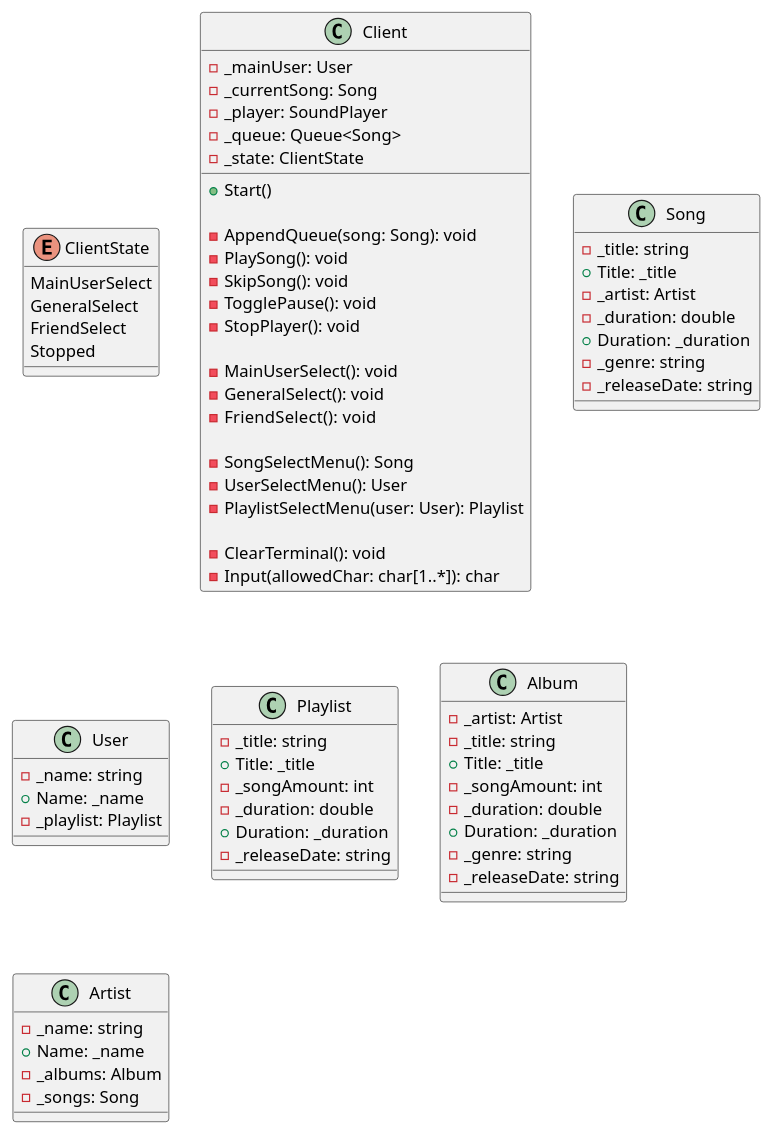
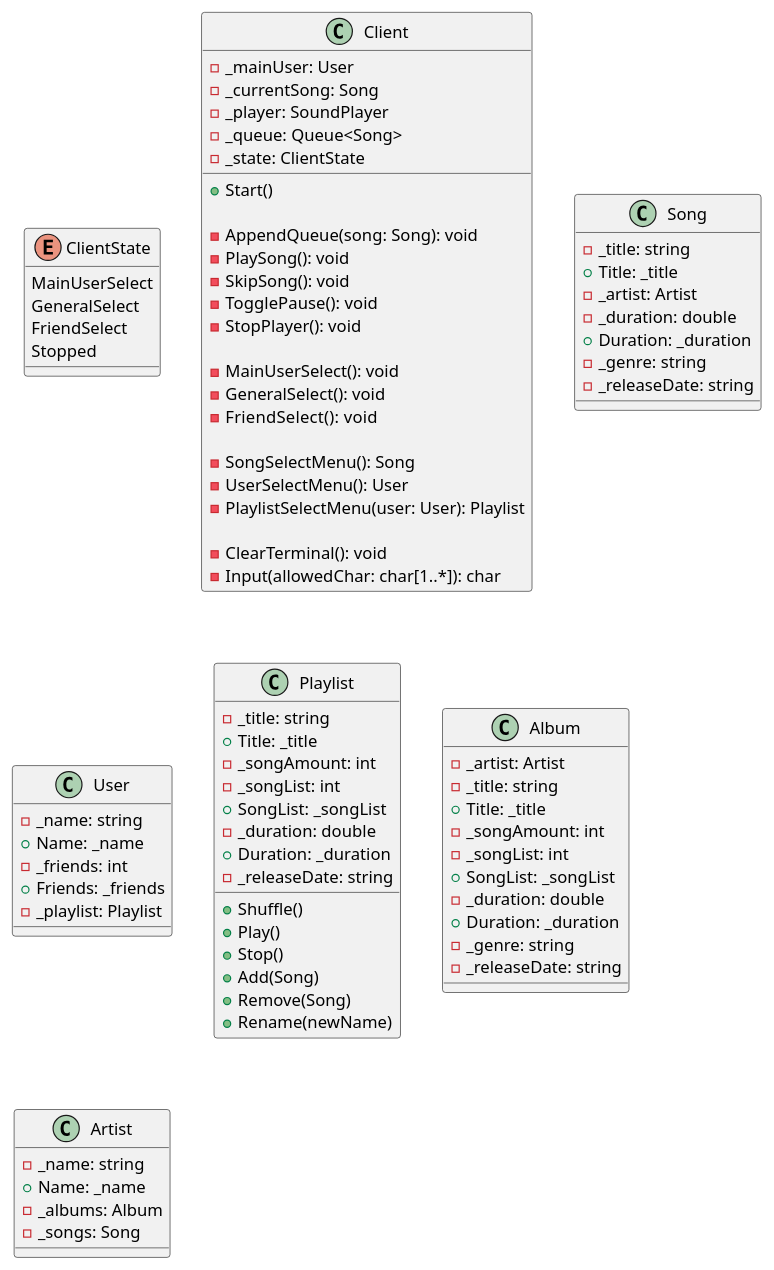
Before and after one commit to A-A-Tel/media-player: the diagram in class-diagram.puml, drawn with PlantUML.

Commit message:
friends made in user class

```diff
--- a/class-diagram.puml
+++ b/class-diagram.puml
@@ -1,84 +1,97 @@
 @startuml
 
 enum ClientState {
     MainUserSelect
     GeneralSelect
     FriendSelect
     Stopped
 }
 
 class Client {
     - _mainUser: User
     - _currentSong: Song
     - _player: SoundPlayer
     - _queue: Queue<Song>
     - _state: ClientState
     
     + Start()
     
     ' commands
     - AppendQueue(song: Song): void
     - PlaySong(): void
     - SkipSong(): void
     - TogglePause(): void
     - StopPlayer(): void
     
     ' state
     - MainUserSelect(): void
     - GeneralSelect(): void
     - FriendSelect():  void
     
     ' menus
     - SongSelectMenu(): Song
     - UserSelectMenu(): User
     - PlaylistSelectMenu(user: User): Playlist
     
     ' helpers
     - ClearTerminal(): void
     - Input(allowedChar: char[1..*]): char
 }
 
 class Song {
     - _title: string
     + Title: _title
     - _artist: Artist
     - _duration: double
     + Duration: _duration
     - _genre: string
     - _releaseDate: string
 }
 
 class User {
     - _name: string
     + Name: _name
+    - _friends: int
+    + Friends: _friends
     - _playlist: Playlist
 }
 
 class Playlist {
     - _title: string
     + Title: _title
     - _songAmount: int
+    - _songList: int
+    + SongList: _songList
     - _duration: double
     + Duration: _duration
     - _releaseDate: string
+    + Shuffle()
+    + Play()
+    + Stop()
+    + Add(Song)
+    + Remove(Song)
+    + Rename(newName)
+    
 }
 
 class Album {
     - _artist: Artist
     - _title: string
     + Title: _title
     - _songAmount: int
+    - _songList: int
+    + SongList: _songList
     - _duration: double
     + Duration: _duration
     - _genre: string
     - _releaseDate: string
 } 
 
 class Artist {
     - _name: string
     + Name: _name
     - _albums: Album
     - _songs: Song
 }
 
 @enduml
```
